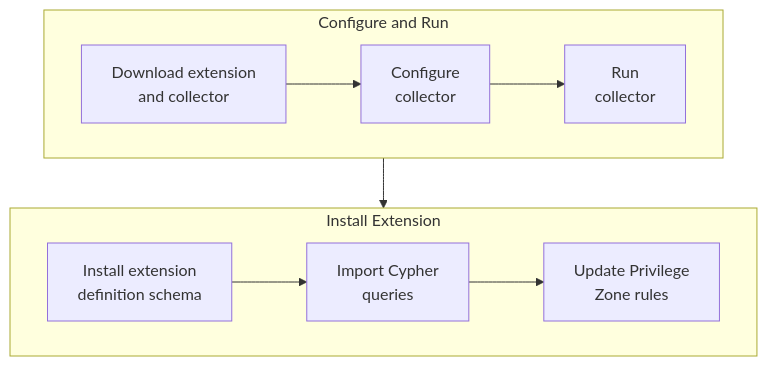
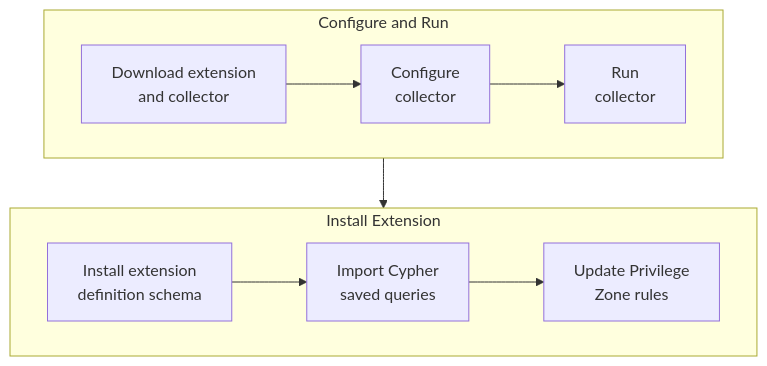
Before and after one commit to SpecterOps/bloodhound-docs: the first of 2 diagrams in docs/opengraph/extensions/manage.mdx, drawn with Mermaid. The commit also changed other lines of this file, not shown here.

````diff
--- a/docs/opengraph/extensions/manage.mdx
+++ b/docs/opengraph/extensions/manage.mdx
@@ -118,16 +118,16 @@
 ```mermaid
 flowchart TB
 	subgraph prepare[Configure and Run]
 		a["Download extension<br/>and collector"]
         a-->b["Configure<br/> collector"]
         b-->c["Run<br/>collector"]
     end
 
 	subgraph upload[Install Extension]
 		f["Install extension<br/>definition schema"]
-        f-->g["Import Cypher<br/>queries"]
+        f-->g["Import Cypher<br/>saved queries"]
 		g-->h["Update Privilege<br/>Zone rules"]
 	end
 
     prepare-->upload
 ```
````
